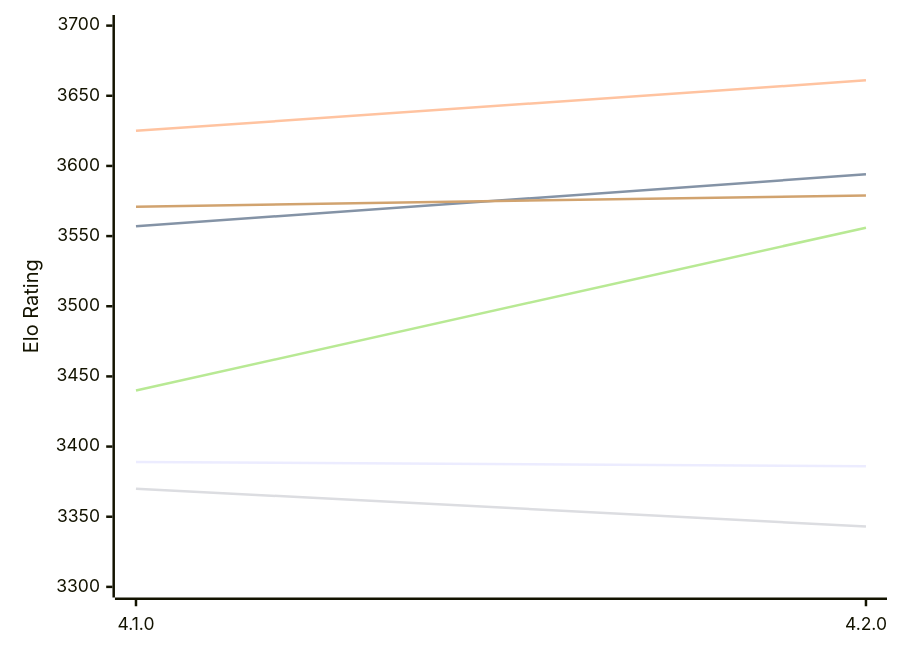
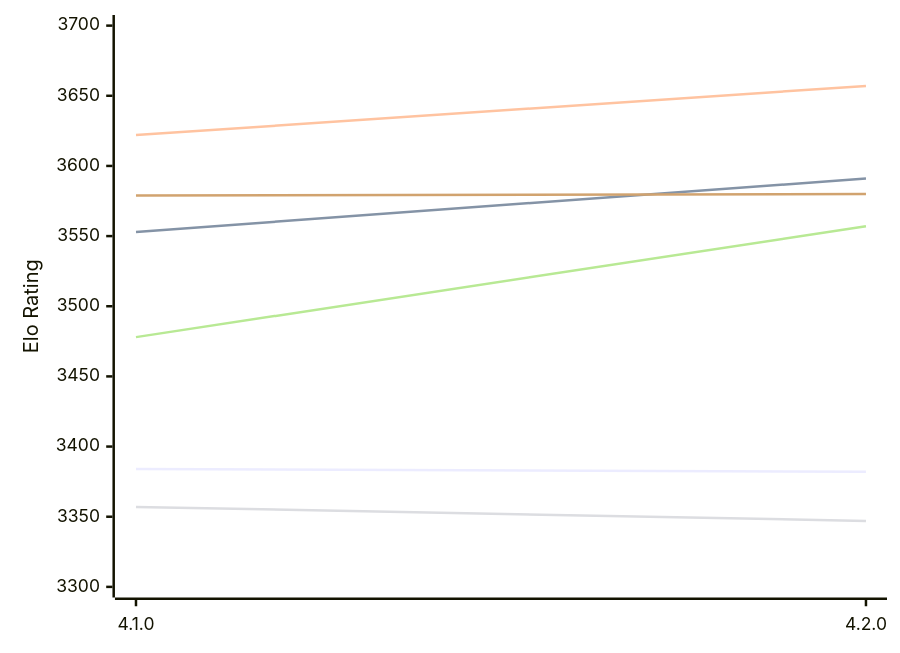
One commit to computer-chess-index/cci changed the first of 2 diagrams in engines/Raphael.md. Above: the diagram before and after it, drawn with Mermaid. The commit also changed other lines of this file, not shown here.

Commit message:
Update CCI Ratings (ELO VLTC) - 2026-11-21

````diff
--- a/engines/Raphael.md
+++ b/engines/Raphael.md
@@ -59,12 +59,12 @@
 ```mermaid
 %%{init: {"theme":"base","themeVariables":{"seriesColors:['#a3a3a3','#222221','#faa371']}}}%%
 xychart-beta
   x-axis ["4.1.0", "4.2.0"]
   y-axis "Elo Rating" 3300 --> 3700
-  line "E1: STC (8.0+0.08s)" [3389, 3386]
-  line "E1: LTC (60.0+0.60s)" [3557, 3594]
-  line "E1: VLTC (2m24s+1.12s)" [3625, 3661]
-  line "P1: STC (8.0+0.08s)" [3370, 3343]
-  line "P1: LTC (60.0+0.60s)" [3440, 3556]
-  line "P1: VLTC (2m24s+1.12s)" [3571, 3579]
+  line "E1: STC (8.0+0.08s)" [3384, 3382]
+  line "E1: LTC (60.0+0.60s)" [3553, 3591]
+  line "E1: VLTC (2m24s+1.12s)" [3622, 3657]
+  line "P1: STC (8.0+0.08s)" [3357, 3347]
+  line "P1: LTC (60.0+0.60s)" [3478, 3557]
+  line "P1: VLTC (2m24s+1.12s)" [3579, 3580]
 ```
````
